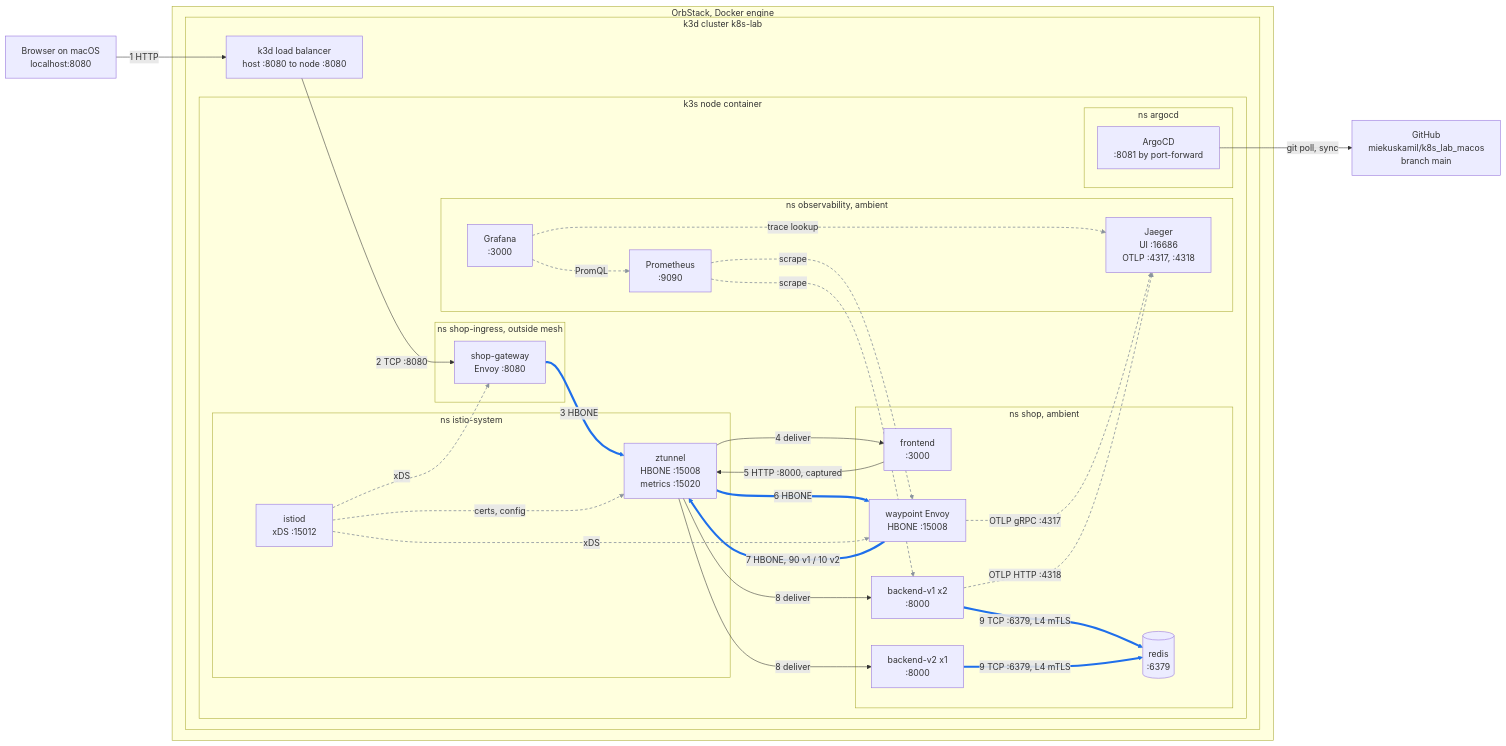
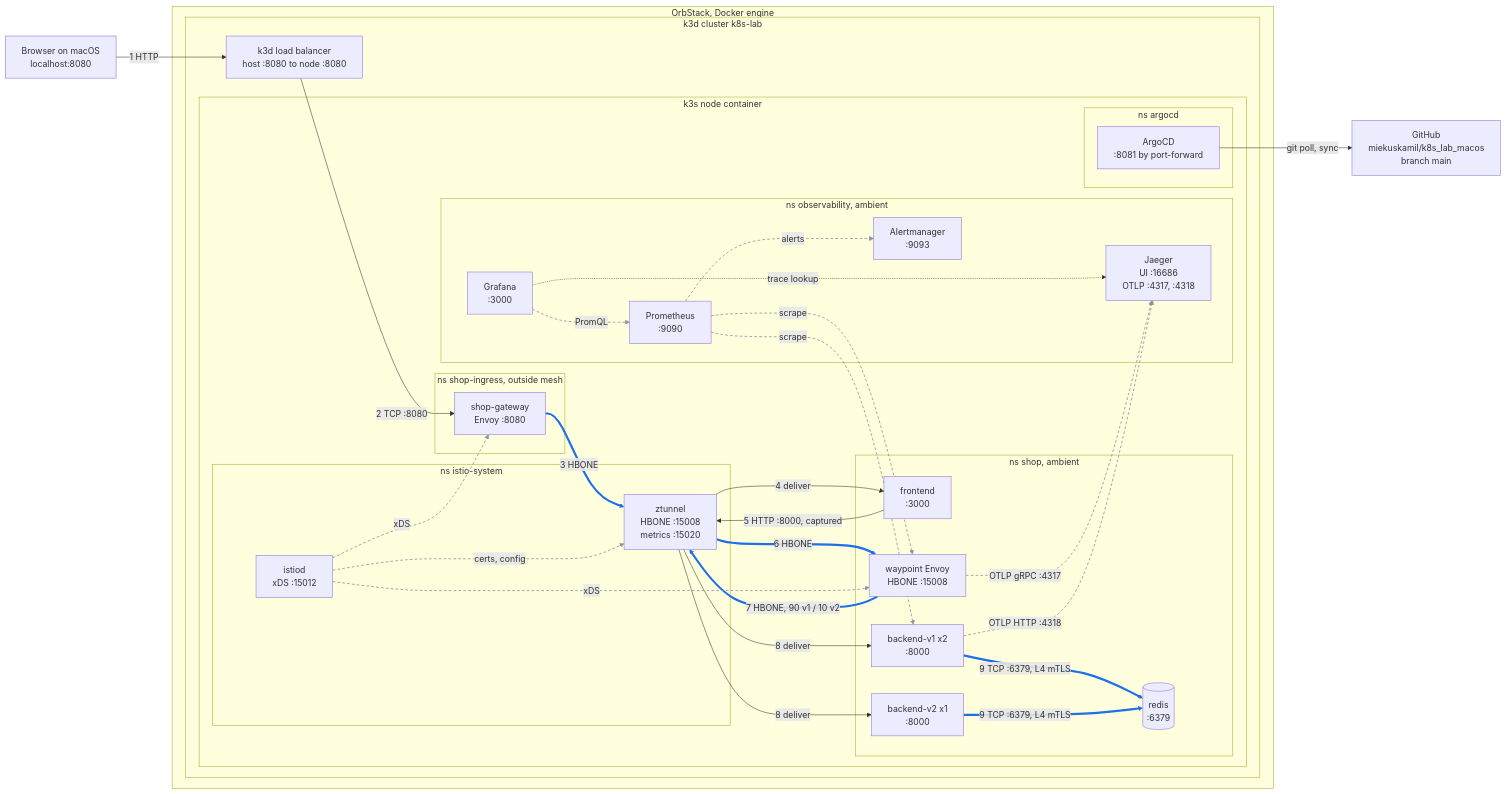
Before and after one commit to miekuskamil/k8s_lab_macos: the first of 2 diagrams in docs/architecture.md, drawn with Mermaid. The commit also changed other lines of this file and 1 other file, not shown here.

First line of the commit message:
Docs: Alertmanager in the architecture, trace-to-logs links in module 6

````diff
--- a/docs/architecture.md
+++ b/docs/architecture.md
@@ -35,67 +35,69 @@
 ```mermaid
 flowchart LR
   browser["Browser on macOS<br/>localhost:8080"]
 
   subgraph orb["OrbStack, Docker engine"]
     subgraph k3d["k3d cluster k8s-lab"]
       lb["k3d load balancer<br/>host :8080 to node :8080"]
 
       subgraph node["k3s node container"]
         subgraph ingress["ns shop-ingress, outside mesh"]
           gw["shop-gateway<br/>Envoy :8080"]
         end
 
         subgraph shop["ns shop, ambient"]
           fe["frontend<br/>:3000"]
           wp["waypoint Envoy<br/>HBONE :15008"]
           b1["backend-v1 x2<br/>:8000"]
           b2["backend-v2 x1<br/>:8000"]
           redis[("redis<br/>:6379")]
         end
 
         subgraph sys["ns istio-system"]
           zt["ztunnel<br/>HBONE :15008<br/>metrics :15020"]
           istiod["istiod<br/>xDS :15012"]
         end
 
         subgraph obs["ns observability, ambient"]
           prom["Prometheus<br/>:9090"]
+          am["Alertmanager<br/>:9093"]
           graf["Grafana<br/>:3000"]
           jaeger["Jaeger<br/>UI :16686<br/>OTLP :4317, :4318"]
         end
 
         subgraph gitops["ns argocd"]
           argo["ArgoCD<br/>:8081 by port-forward"]
         end
       end
     end
   end
 
   github["GitHub<br/>miekuskamil/k8s_lab_macos<br/>branch main"]
 
   browser -->|"1 HTTP"| lb
   lb -->|"2 TCP :8080"| gw
   gw ==>|"3 HBONE"| zt
   zt -->|"4 deliver"| fe
   fe -->|"5 HTTP :8000, captured"| zt
   zt ==>|"6 HBONE"| wp
   wp ==>|"7 HBONE, 90 v1 / 10 v2"| zt
   zt -->|"8 deliver"| b1
   zt -->|"8 deliver"| b2
   b1 ==>|"9 TCP :6379, L4 mTLS"| redis
   b2 ==>|"9 TCP :6379, L4 mTLS"| redis
 
   istiod -.->|"certs, config"| zt
   istiod -.->|"xDS"| wp
   istiod -.->|"xDS"| gw
   wp -.->|"OTLP gRPC :4317"| jaeger
   b1 -.->|"OTLP HTTP :4318"| jaeger
   prom -.->|"scrape"| wp
   prom -.->|"scrape"| b1
+  prom -.->|"alerts"| am
   graf -.->|"PromQL"| prom
   graf -.->|"trace lookup"| jaeger
   argo -->|"git poll, sync"| github
 
   linkStyle 2,5,6,9,10 stroke:#1f6feb,stroke-width:4px
   linkStyle 11,12,13,14,15,16,17,18,19 stroke:#8b949e,stroke-width:1.5px,stroke-dasharray:5 4
 ```
````
